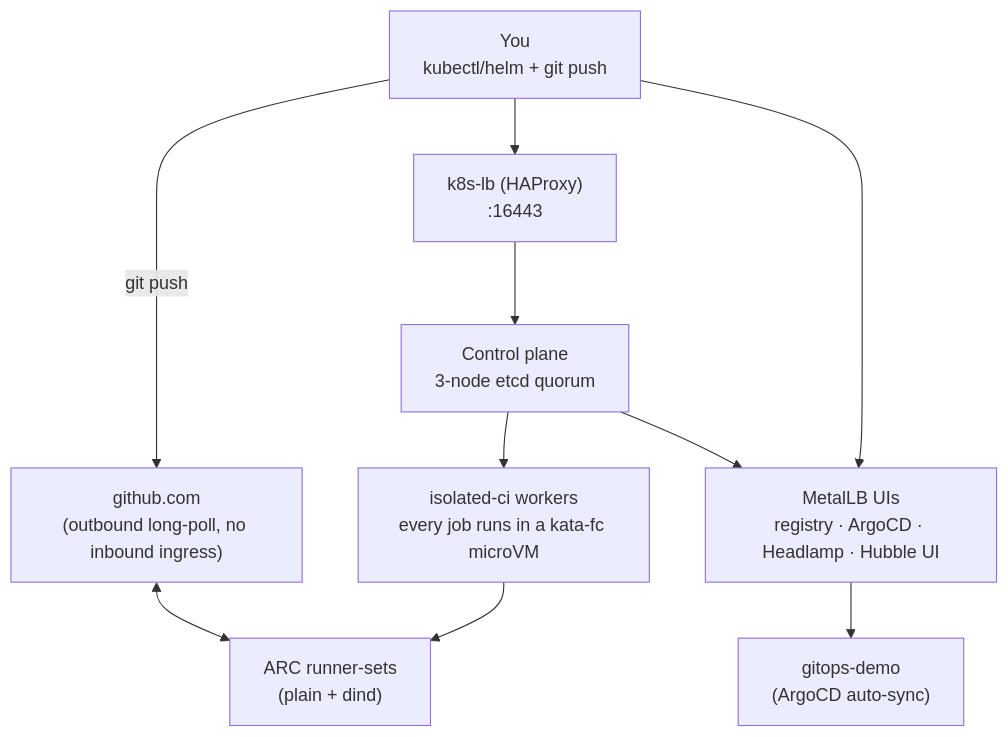
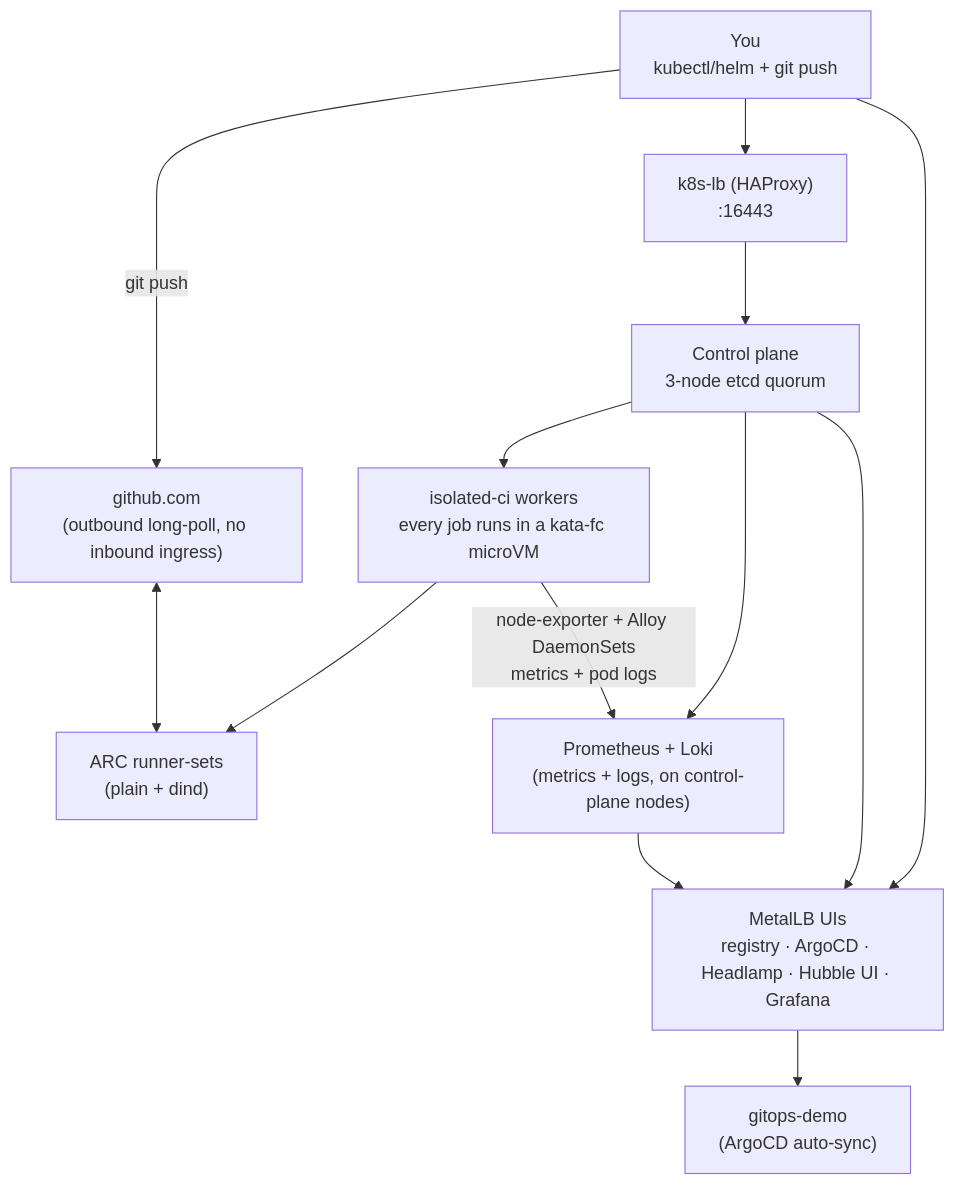
One commit to edbzn/baremetal-ci-experiment changed the diagram in README.md. Above: the diagram before and after it, drawn with Mermaid. The commit also changed other lines of this file, not shown here.

First line of the commit message:
Add monitoring/logging (Prometheus+Loki, Grafana) to the architecture diagram

````diff
--- a/README.md
+++ b/README.md
@@ -38,26 +38,30 @@
 ```mermaid
 flowchart TB
     DEV["You<br/>kubectl/helm + git push"]
     GH["github.com<br/>(outbound long-poll, no inbound ingress)"]
 
     LB["k8s-lb (HAProxy)<br/>:16443"]
     CP["Control plane<br/>3-node etcd quorum"]
     W["isolated-ci workers<br/>every job runs in a kata-fc microVM"]
 
-    UIS["MetalLB UIs<br/>registry · ArgoCD · Headlamp · Hubble UI"]
+    UIS["MetalLB UIs<br/>registry · ArgoCD · Headlamp · Hubble UI · Grafana"]
     ARC["ARC runner-sets<br/>(plain + dind)"]
     GITOPS["gitops-demo<br/>(ArgoCD auto-sync)"]
+    MON["Prometheus + Loki<br/>(metrics + logs, on control-plane nodes)"]
 
     DEV --> LB
     DEV --> UIS
     DEV -->|git push| GH
 
     LB --> CP
     CP --> W
     CP --> UIS
+    CP --> MON
 
     W --> ARC
+    W -->|node-exporter + Alloy DaemonSets<br/>metrics + pod logs| MON
     GH <--> ARC
 
     UIS --> GITOPS
+    MON --> UIS
 ```
````
